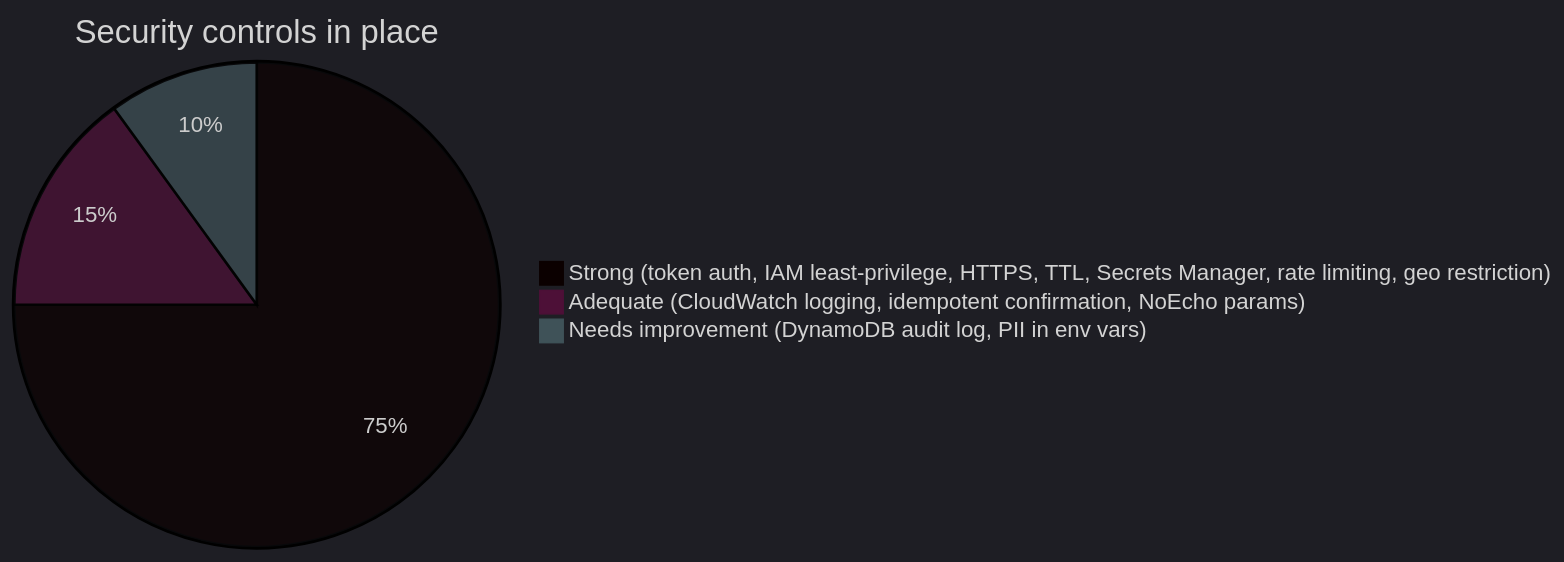
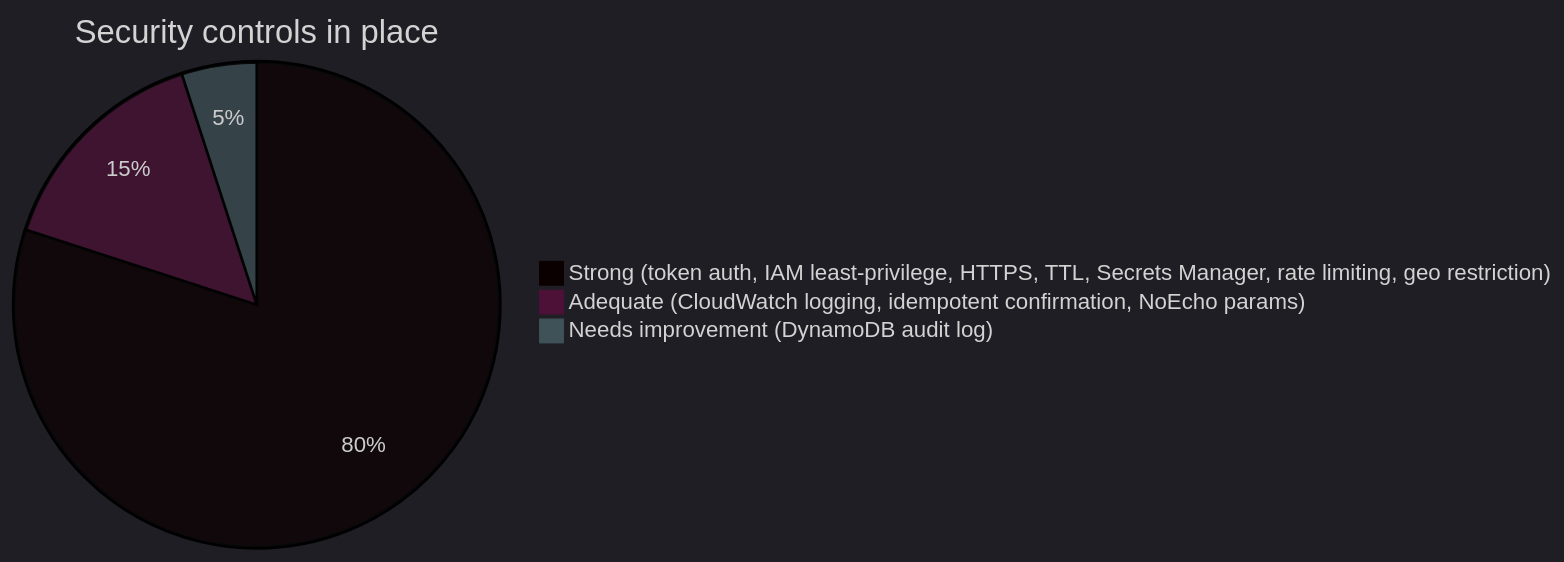
The sixth of 6 diagrams in docs/threat-model.md (baldrickuk/washingmachine-notifications), drawn with Mermaid before and after one commit. The commit also changed other lines of this file and 3 other files, not shown here.

First line of the commit message:
Move wife_email and wife_phone to Secrets Manager — resolve finding #4

````diff
--- a/docs/threat-model.md
+++ b/docs/threat-model.md
@@ -289,8 +289,8 @@
 ```mermaid
 %%{init: {'theme': 'dark', 'themeVariables': {'primaryColor': '#1e3a5f', 'primaryTextColor': '#c9d1d9', 'primaryBorderColor': '#4a7ab5', 'lineColor': '#58a6ff'}}}%%
 
 pie title Security controls in place
-    "Strong (token auth, IAM least-privilege, HTTPS, TTL, Secrets Manager, rate limiting, geo restriction)" : 75
+    "Strong (token auth, IAM least-privilege, HTTPS, TTL, Secrets Manager, rate limiting, geo restriction)" : 80
     "Adequate (CloudWatch logging, idempotent confirmation, NoEcho params)" : 15
-    "Needs improvement (DynamoDB audit log, PII in env vars)" : 10
+    "Needs improvement (DynamoDB audit log)" : 5
 ```
````
